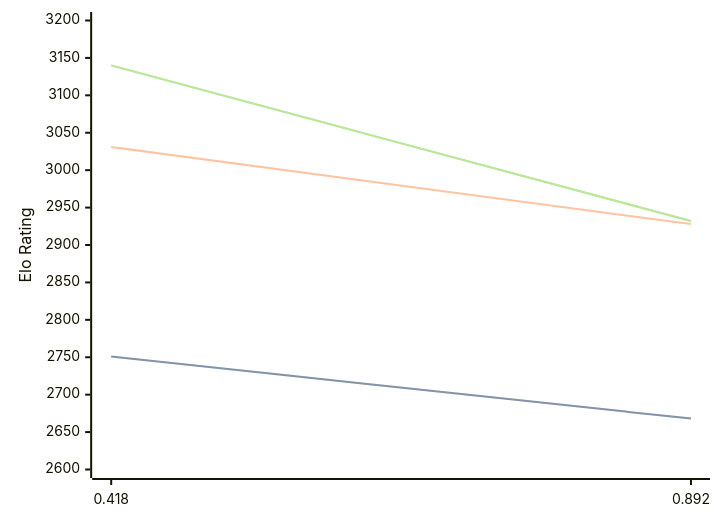
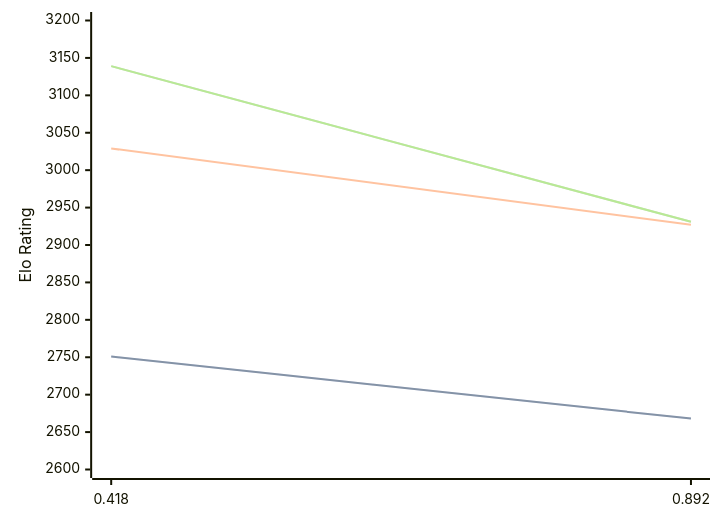
Before and after one commit to computer-chess-index/cci: the diagram in engines/Malika.md, drawn with Mermaid. The commit also changed other lines of this file, not shown here.

Commit message:
Update CCI Ratings (ELO VLTC) - 2026-03-16

````diff
--- a/engines/Malika.md
+++ b/engines/Malika.md
@@ -30,11 +30,11 @@
 ```mermaid
 %%{init: {"theme":"base","themeVariables":{"seriesColors:['#a3a3a3','#222221','#faa371']}}}%%
 xychart-beta
   x-axis ["0.418", "0.892"]
   y-axis "Elo Rating" 2600 --> 3200
   line "STC (8.0+0.08s)" [2751, 2668]
   line "STC (8.0+0.08s)" [2751, 2668]
-  line "LTC (60.0+0.60s)" [3031, 2928]
-  line "VLTC (2m24s+1.12s)" [3140, 2932]
-  line "VLTC (2m24s+1.12s)" [3140, 2932]
+  line "LTC (60.0+0.60s)" [3029, 2927]
+  line "VLTC (2m24s+1.12s)" [3139, 2931]
+  line "VLTC (2m24s+1.12s)" [3139, 2931]
 ```
````
